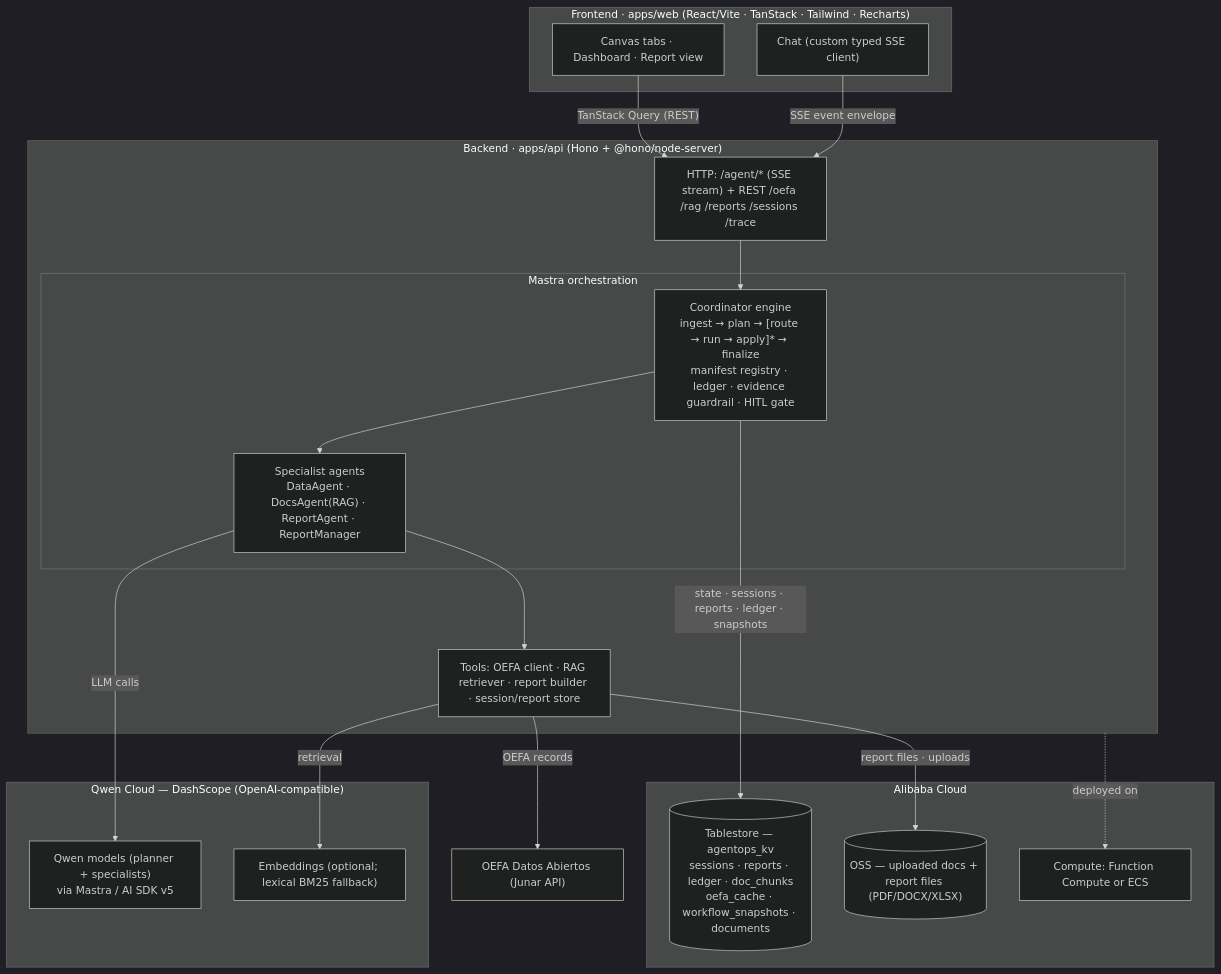
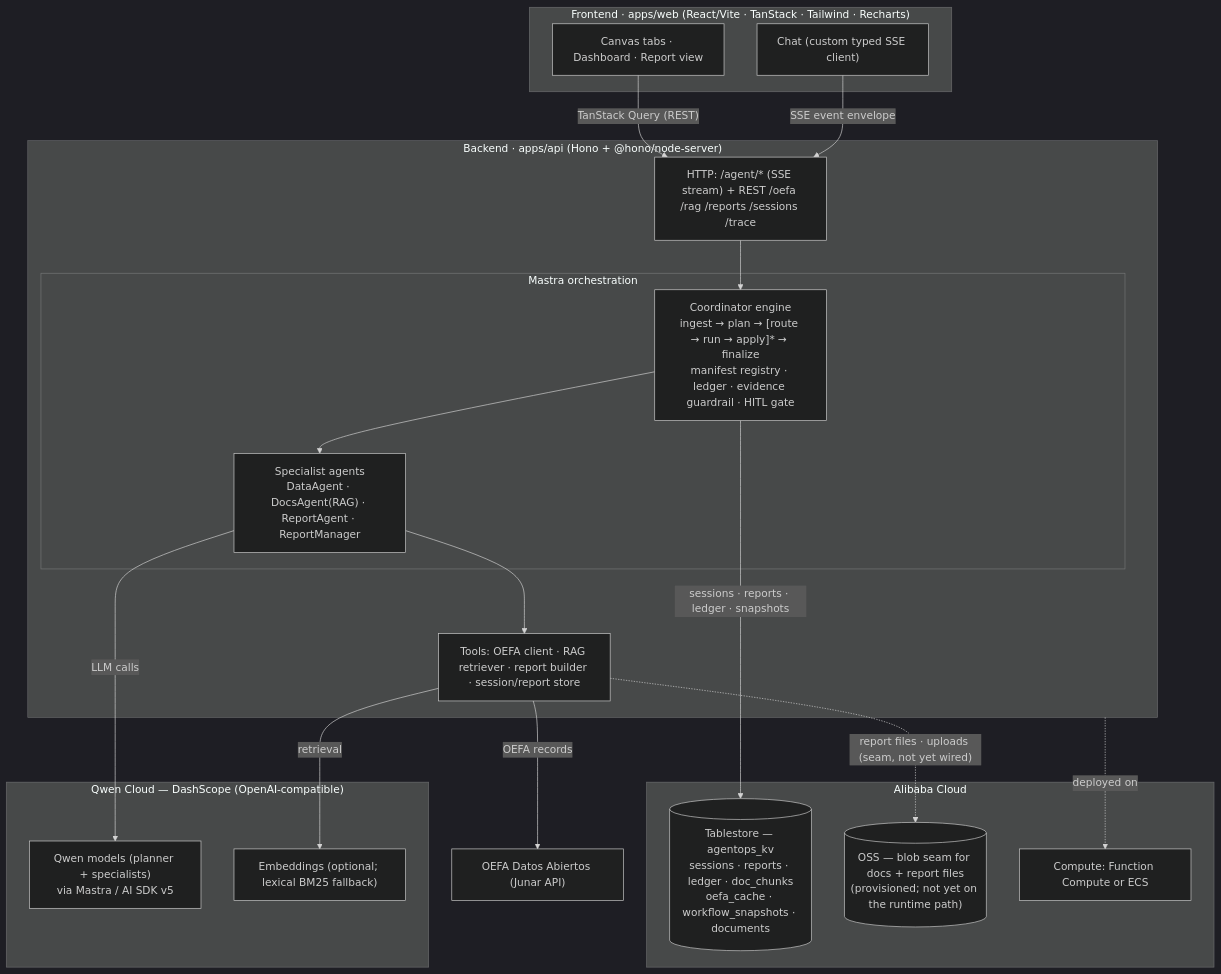
Before and after one commit to GinoLlerena/agentops-debugger-architecture: the diagram in docs/ARCHITECTURE.md, drawn with Mermaid (dark theme). The commit also changed other lines of this file and 3 other files, not shown here.

First line of the commit message:
Phase 5D review fixes: correct OSS overclaims + chart/label accuracy

````diff
--- a/docs/ARCHITECTURE.md
+++ b/docs/ARCHITECTURE.md
@@ -34,41 +38,41 @@
 ```mermaid
 flowchart TB
   subgraph FE["Frontend · apps/web (React/Vite · TanStack · Tailwind · Recharts)"]
     chat["Chat (custom typed SSE client)"]
     canvas["Canvas tabs · Dashboard · Report view"]
   end
 
   subgraph BE["Backend · apps/api (Hono + @hono/node-server)"]
     http["HTTP: /agent/* (SSE stream) + REST /oefa /rag /reports /sessions /trace"]
     subgraph ORCH["Mastra orchestration"]
       coord["Coordinator engine<br/>ingest → plan → [route → run → apply]* → finalize<br/>manifest registry · ledger · evidence guardrail · HITL gate"]
       agents["Specialist agents<br/>DataAgent · DocsAgent(RAG) · ReportAgent · ReportManager"]
     end
     tools["Tools: OEFA client · RAG retriever · report builder · session/report store"]
   end
 
   subgraph QWEN["Qwen Cloud — DashScope (OpenAI-compatible)"]
     qwen["Qwen models (planner + specialists)<br/>via Mastra / AI SDK v5"]
     embed["Embeddings (optional; lexical BM25 fallback)"]
   end
 
   subgraph ALI["Alibaba Cloud"]
     ts[("Tablestore — agentops_kv<br/>sessions · reports · ledger · doc_chunks<br/>oefa_cache · workflow_snapshots · documents")]
-    oss[("OSS — uploaded docs + report files (PDF/DOCX/XLSX)")]
+    oss[("OSS — blob seam for docs + report files<br/>(provisioned; not yet on the runtime path)")]
     host["Compute: Function Compute or ECS"]
   end
 
   ext["OEFA Datos Abiertos (Junar API)"]
 
   chat -- "SSE event envelope" --> http
   canvas -- "TanStack Query (REST)" --> http
   http --> coord
   coord --> agents
   agents --> tools
   agents -- "LLM calls" --> qwen
   tools -- "retrieval" --> embed
   tools -- "OEFA records" --> ext
-  coord -- "state · sessions · reports · ledger · snapshots" --> ts
-  tools -- "report files · uploads" --> oss
+  coord -- "sessions · reports · ledger · snapshots" --> ts
+  tools -. "report files · uploads (seam, not yet wired)" .-> oss
   BE -. "deployed on" .-> host
 ```
````
